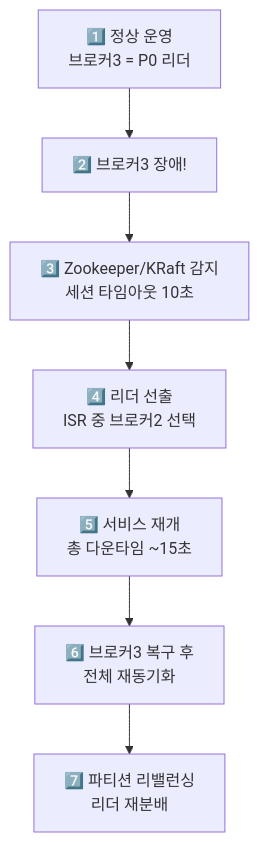
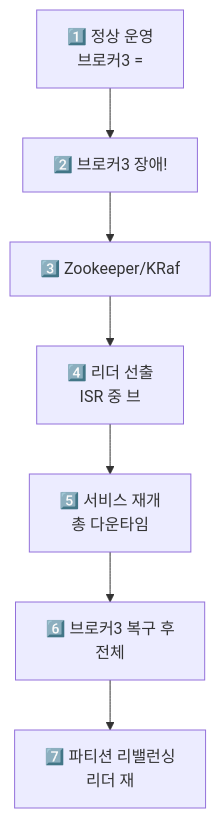
Before and after one commit to yjkim2015/yjkim2015.github.io: diagram 12 of 12 in _posts/kafka/2026-05-02-kafka-deep.md, drawn with Mermaid. The commit also changed other lines of this file and 271 other files, not shown here.

First line of the commit message:
Mermaid 라벨 축소: 긴 노드 텍스트 18자 이하로 트림 + \n 제거

````diff
--- a/_posts/kafka/2026-05-02-kafka-deep.md
+++ b/_posts/kafka/2026-05-02-kafka-deep.md
@@ -647,10 +647,10 @@
 ```mermaid
 graph TD
-    Normal["1️⃣ 정상 운영\n브로커3 = P0 리더"]
+    Normal["1️⃣ 정상 운영\n브로커3 ="]
     Normal --> Fail["2️⃣ 브로커3 장애!"]
-    Fail --> Detect["3️⃣ Zookeeper/KRaft 감지\n세션 타임아웃 10초"]
-    Detect --> Election["4️⃣ 리더 선출\nISR 중 브로커2 선택"]
-    Election --> Recovery["5️⃣ 서비스 재개\n총 다운타임 ~15초"]
-    Recovery --> Replication["6️⃣ 브로커3 복구 후\n전체 재동기화"]
-    Replication --> Balance["7️⃣ 파티션 리밸런싱\n리더 재분배"]
+    Fail --> Detect["3️⃣ Zookeeper/KRaf"]
+    Detect --> Election["4️⃣ 리더 선출\nISR 중 브"]
+    Election --> Recovery["5️⃣ 서비스 재개\n총 다운타임"]
+    Recovery --> Replication["6️⃣ 브로커3 복구 후\n전체"]
+    Replication --> Balance["7️⃣ 파티션 리밸런싱\n리더 재"]
 ```
````
